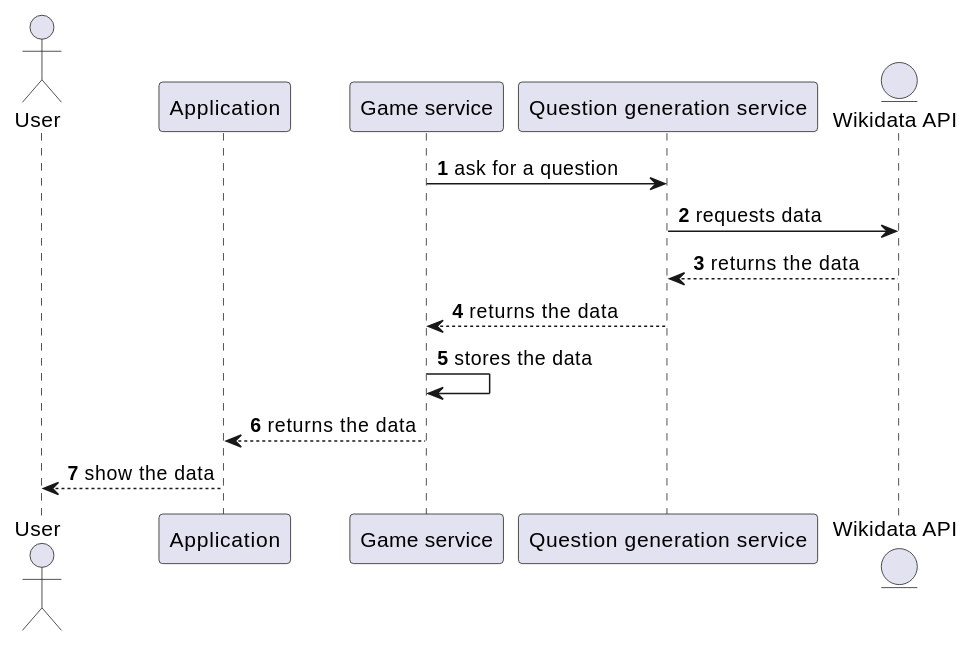
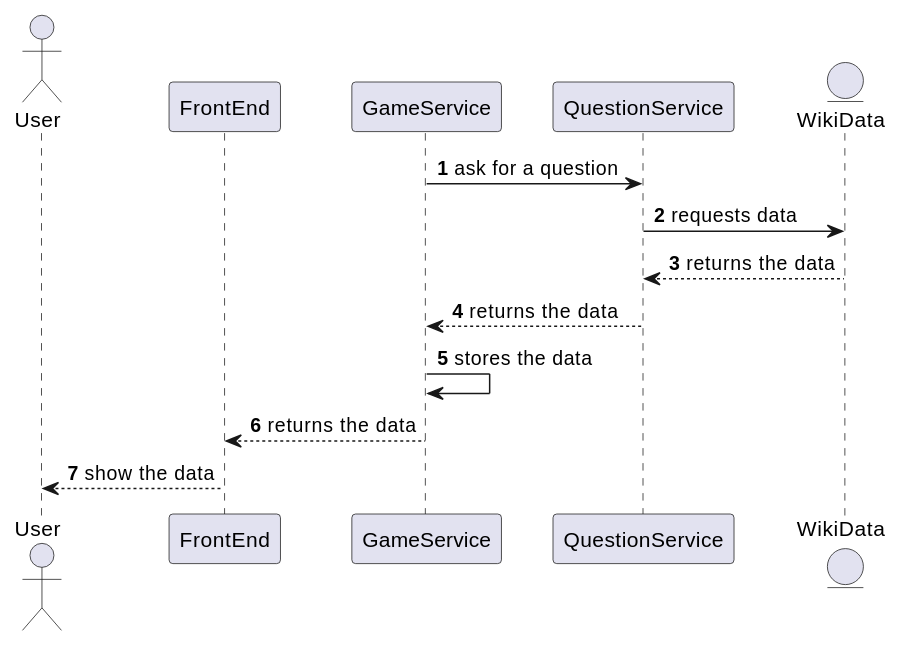
The fourth of 5 diagrams in docs/src/06_runtime_view.adoc (Arquisoft/wichat_en3a), drawn with PlantUML before and after one commit. The commit also changed other lines of this file, not shown here.

```diff
--- a/docs/src/06_runtime_view.adoc
+++ b/docs/src/06_runtime_view.adoc
@@ -178,17 +139,17 @@
 [plantuml,"Question generation 1 diagram",png]
 ----
 autonumber
 actor User
-participant Application
-participant "Game service"
-participant "Question generation service"
-entity "Wikidata API"
+participant FrontEnd
+participant GameService
+participant QuestionService
+entity WikiData
 
-"Game service" -> "Question generation service": ask for a question
-"Question generation service" -> "Wikidata API": requests data
-"Wikidata API" --> "Question generation service": returns the data
-"Question generation service" --> "Game service": returns the data
-"Game service" -> "Game service": stores the data
-"Game service" --> Application: returns the data
-Application --> User: show the data
+GameService -> QuestionService: ask for a question
+QuestionService -> WikiData: requests data
+WikiData --> QuestionService: returns the data
+QuestionService --> GameService: returns the data
+GameService -> GameService: stores the data
+GameService --> FrontEnd: returns the data
+FrontEnd --> User: show the data
 ----
```
